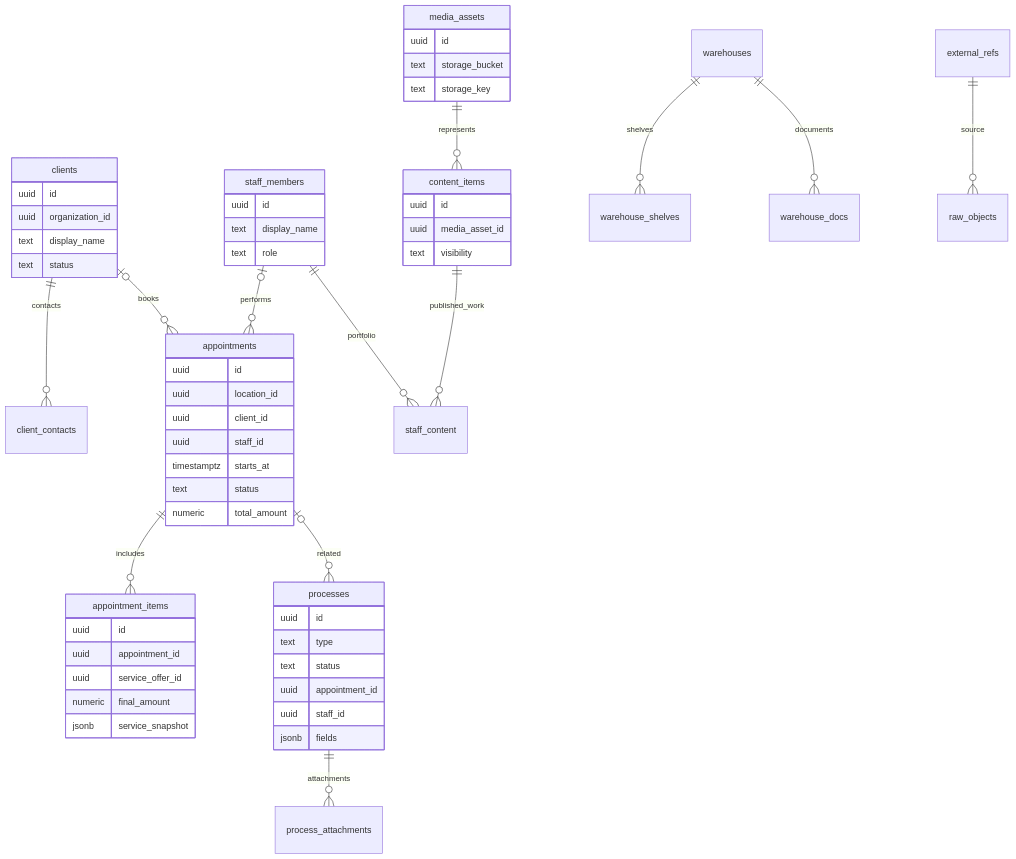
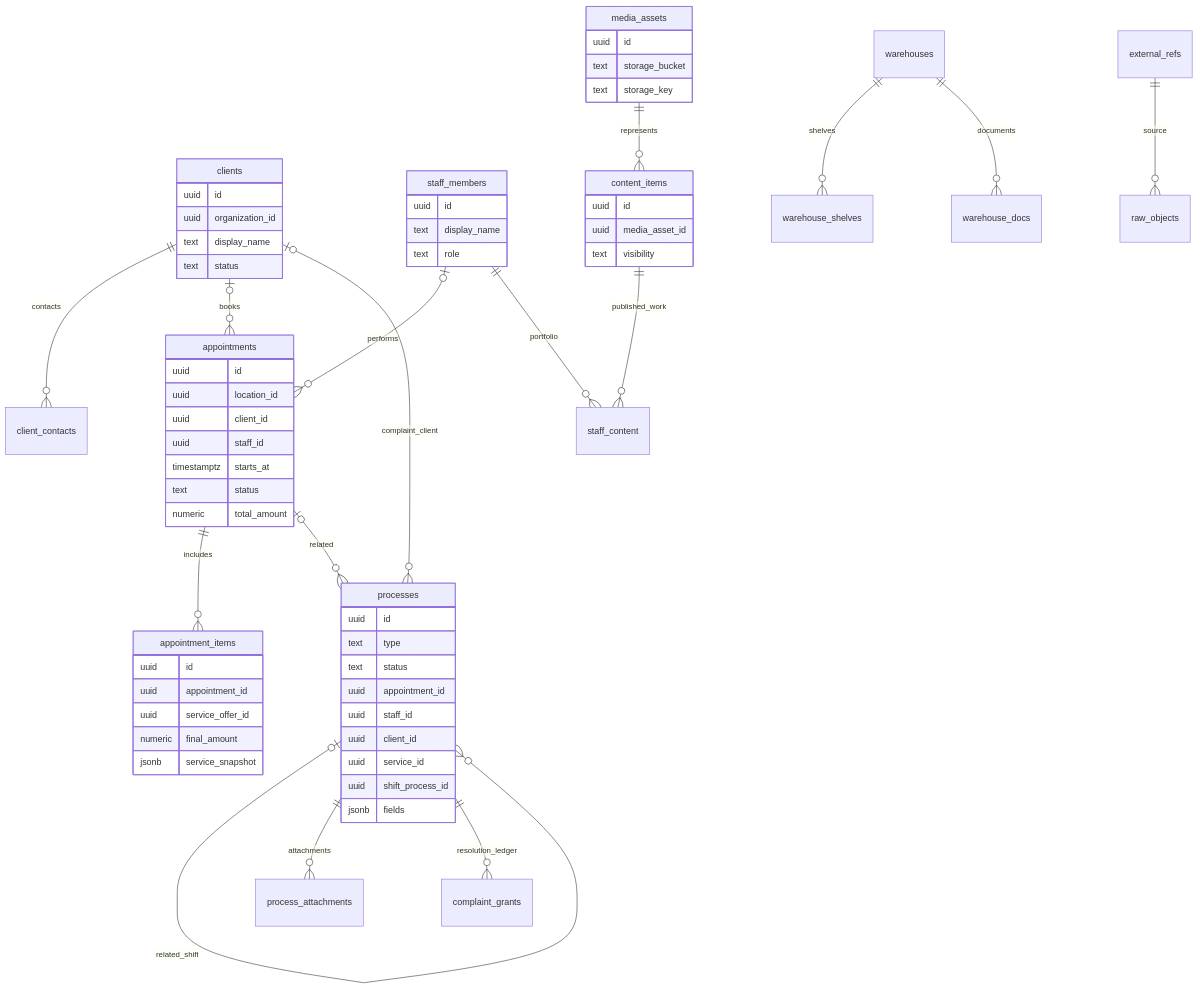
Before and after one commit to kirillsummy/governance: the first of 2 diagrams in docs/database.md, drawn with Mermaid. The commit also changed other lines of this file and 6 other files, not shown here.

````diff
--- a/docs/database.md
+++ b/docs/database.md
@@ -61,60 +69,66 @@
 ```mermaid
 erDiagram
   clients ||--o{ client_contacts : contacts
   clients o|--o{ appointments : books
   staff_members o|--o{ appointments : performs
   appointments ||--o{ appointment_items : includes
   appointments o|--o{ processes : related
+  clients o|--o{ processes : complaint_client
+  processes o|--o{ processes : related_shift
   processes ||--o{ process_attachments : attachments
+  processes ||--o{ complaint_grants : resolution_ledger
   media_assets ||--o{ content_items : represents
   staff_members ||--o{ staff_content : portfolio
   content_items ||--o{ staff_content : published_work
   warehouses ||--o{ warehouse_shelves : shelves
   warehouses ||--o{ warehouse_docs : documents
   external_refs ||--o{ raw_objects : source
   clients {
     uuid id
     uuid organization_id
     text display_name
     text status
   }
   staff_members {
     uuid id
     text display_name
     text role
   }
   appointments {
     uuid id
     uuid location_id
     uuid client_id
     uuid staff_id
     timestamptz starts_at
     text status
     numeric total_amount
   }
   appointment_items {
     uuid id
     uuid appointment_id
     uuid service_offer_id
     numeric final_amount
     jsonb service_snapshot
   }
   processes {
     uuid id
     text type
     text status
     uuid appointment_id
     uuid staff_id
+    uuid client_id
+    uuid service_id
+    uuid shift_process_id
     jsonb fields
   }
   media_assets {
     uuid id
     text storage_bucket
     text storage_key
   }
   content_items {
     uuid id
     uuid media_asset_id
     text visibility
   }
 ```
````
